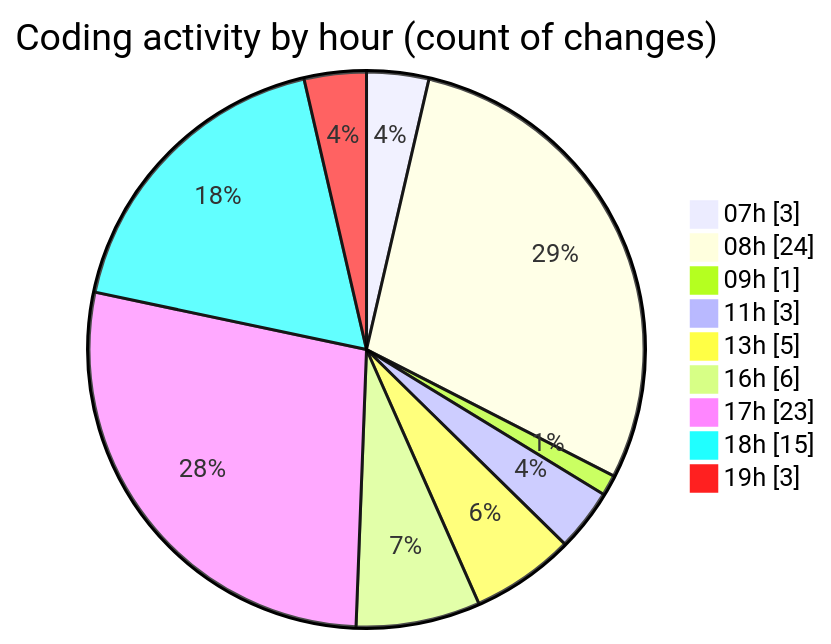
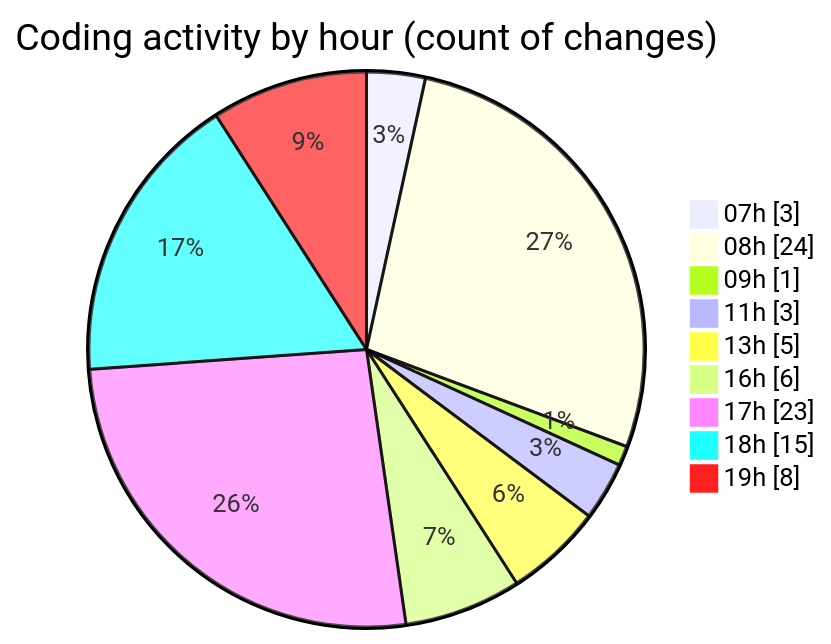
Before and after one commit to becaeroporto-bot/code-tracking: the second of 2 diagrams in 2026-02-20/bot_i_a/README.md, drawn with Mermaid. The commit also changed other lines of this file and 1 other file, not shown here.

````diff
--- a/2026-02-20/bot_i_a/README.md
+++ b/2026-02-20/bot_i_a/README.md
@@ -55,13 +55,13 @@
 ```mermaid
 pie showData
 title Coding activity by hour (count of changes)
 "07h" : 3
 "08h" : 24
 "09h" : 1
 "11h" : 3
 "13h" : 5
 "16h" : 6
 "17h" : 23
 "18h" : 15
-"19h" : 3
+"19h" : 8
 ```
````
